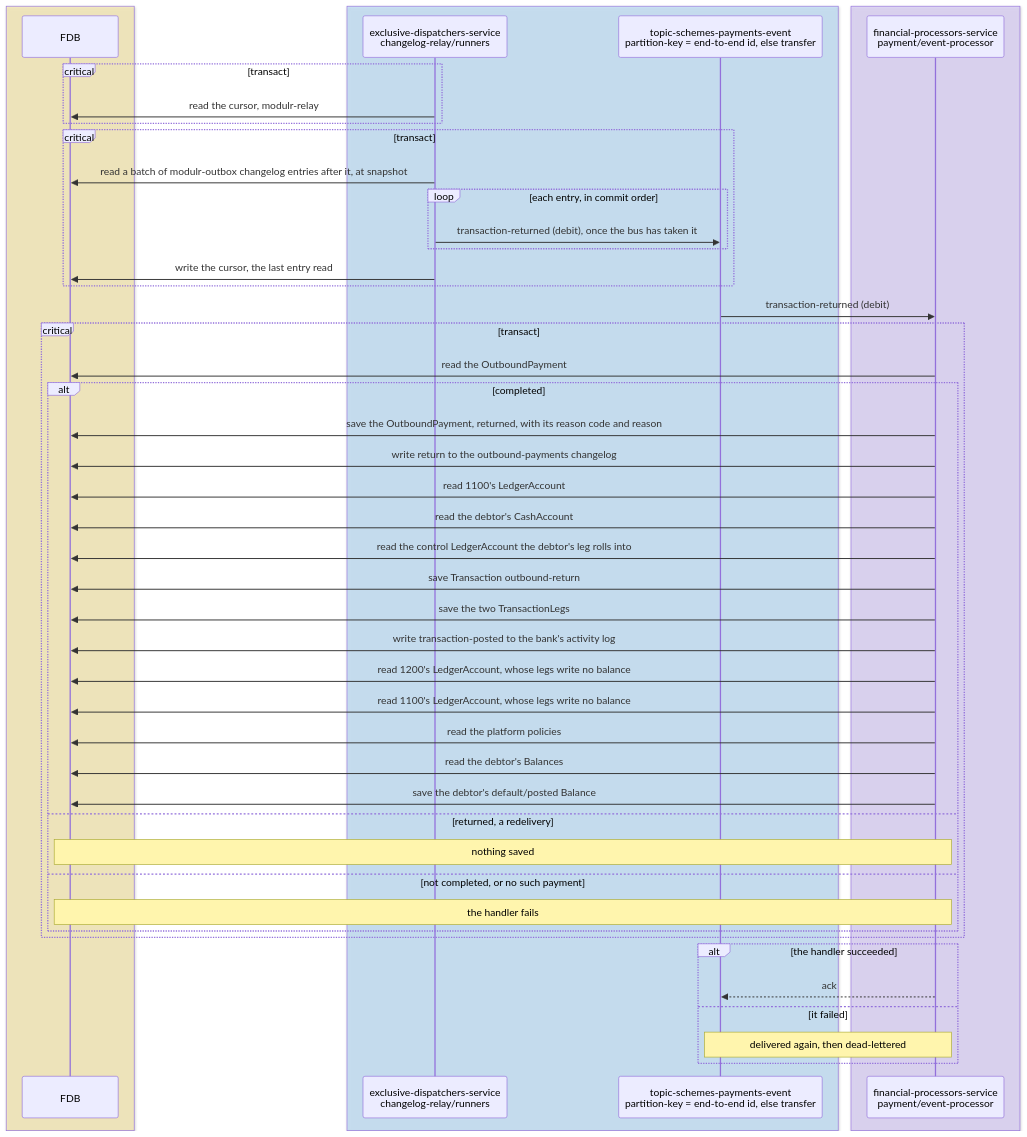
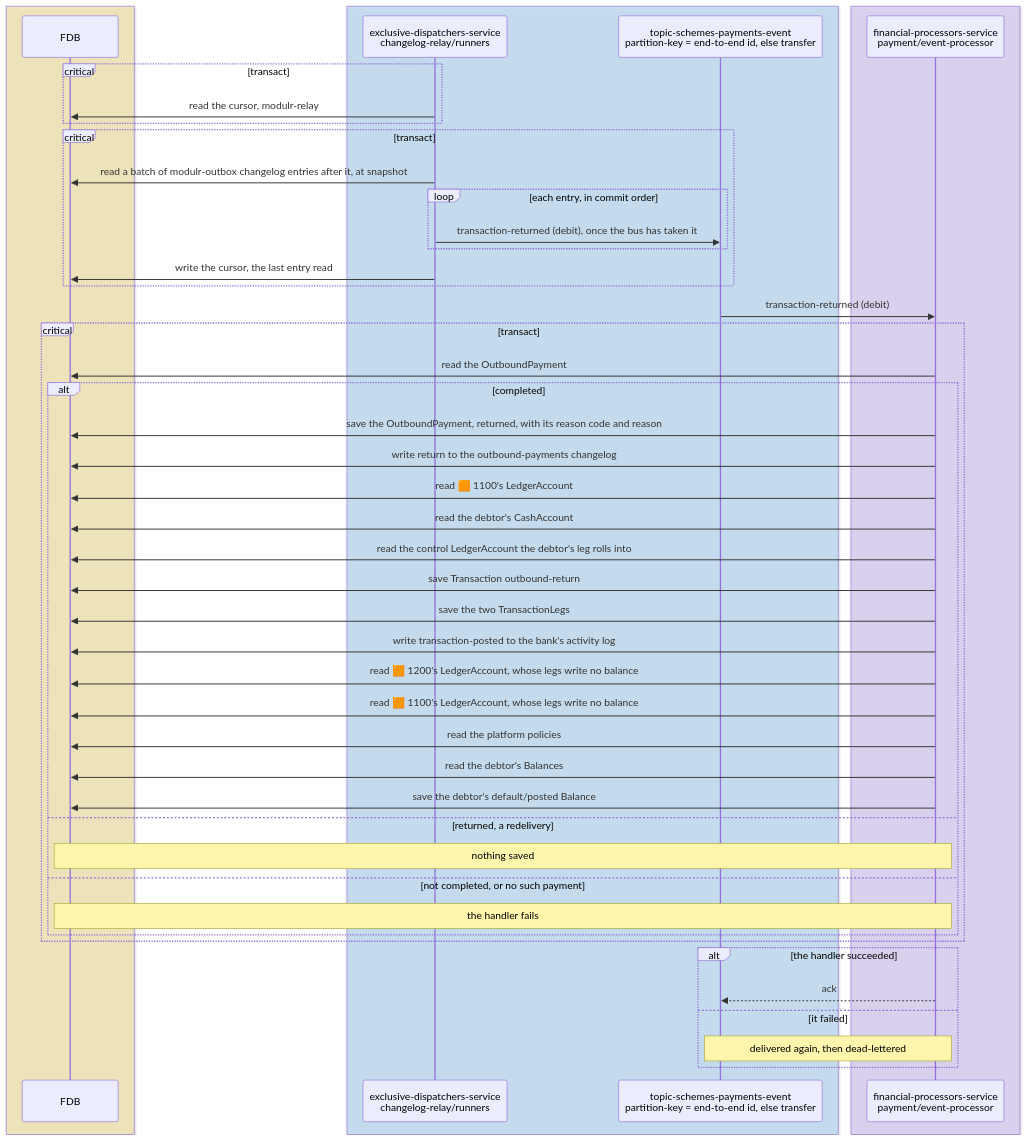
Diagram 15 of 15 in docs/tdd/payments-outbound.md (repldriven/queenswood), drawn with Mermaid before and after one commit. The commit also changed other lines of this file and 2 other files, not shown here.

Commit message:
Mark each ledger account in the diagrams with its type's colour

````diff
--- a/docs/tdd/payments-outbound.md
+++ b/docs/tdd/payments-outbound.md
@@ -793,51 +795,51 @@
 ```mermaid
 sequenceDiagram
     box rgba(255, 236, 153, 0.5)
     participant DB as FDB
     end
     box rgba(165, 216, 255, 0.45)
     participant OR as exclusive-dispatchers-service<br/>changelog-relay/runners
     participant SE as topic-schemes-payments-event<br/>partition-key = end-to-end id, else transfer
     end
     box rgba(208, 191, 255, 0.45)
     participant PE as financial-processors-service<br/>payment/event-processor
     end
     critical transact
     OR->>DB: read the cursor, modulr-relay
     end
     critical transact
     OR->>DB: read a batch of modulr-outbox changelog entries after it, at snapshot
     loop each entry, in commit order
     OR->>SE: transaction-returned (debit), once the bus has taken it
     end
     OR->>DB: write the cursor, the last entry read
     end
     SE->>PE: transaction-returned (debit)
     critical transact
     PE->>DB: read the OutboundPayment
     alt completed
     PE->>DB: save the OutboundPayment, returned, with its reason code and reason
     PE->>DB: write return to the outbound-payments changelog
-    PE->>DB: read 1100's LedgerAccount
+    PE->>DB: read 🟧 1100's LedgerAccount
     PE->>DB: read the debtor's CashAccount
     PE->>DB: read the control LedgerAccount the debtor's leg rolls into
     PE->>DB: save Transaction outbound-return
     PE->>DB: save the two TransactionLegs
     PE->>DB: write transaction-posted to the bank's activity log
-    PE->>DB: read 1200's LedgerAccount, whose legs write no balance
-    PE->>DB: read 1100's LedgerAccount, whose legs write no balance
+    PE->>DB: read 🟧 1200's LedgerAccount, whose legs write no balance
+    PE->>DB: read 🟧 1100's LedgerAccount, whose legs write no balance
     PE->>DB: read the platform policies
     PE->>DB: read the debtor's Balances
     PE->>DB: save the debtor's default/posted Balance
     else returned, a redelivery
     Note over PE,DB: nothing saved
     else not completed, or no such payment
     Note over PE,DB: the handler fails
     end
     end
     alt the handler succeeded
     PE-->>SE: ack
     else it failed
     Note over PE,SE: delivered again, then dead-lettered
     end
 ```
````
